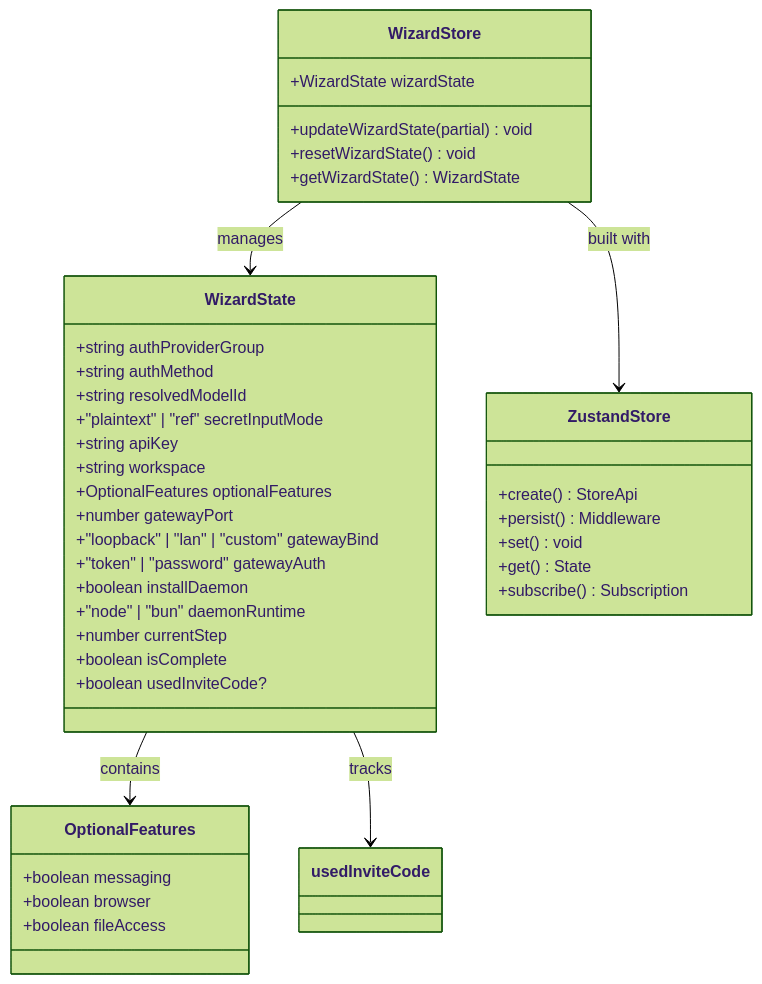
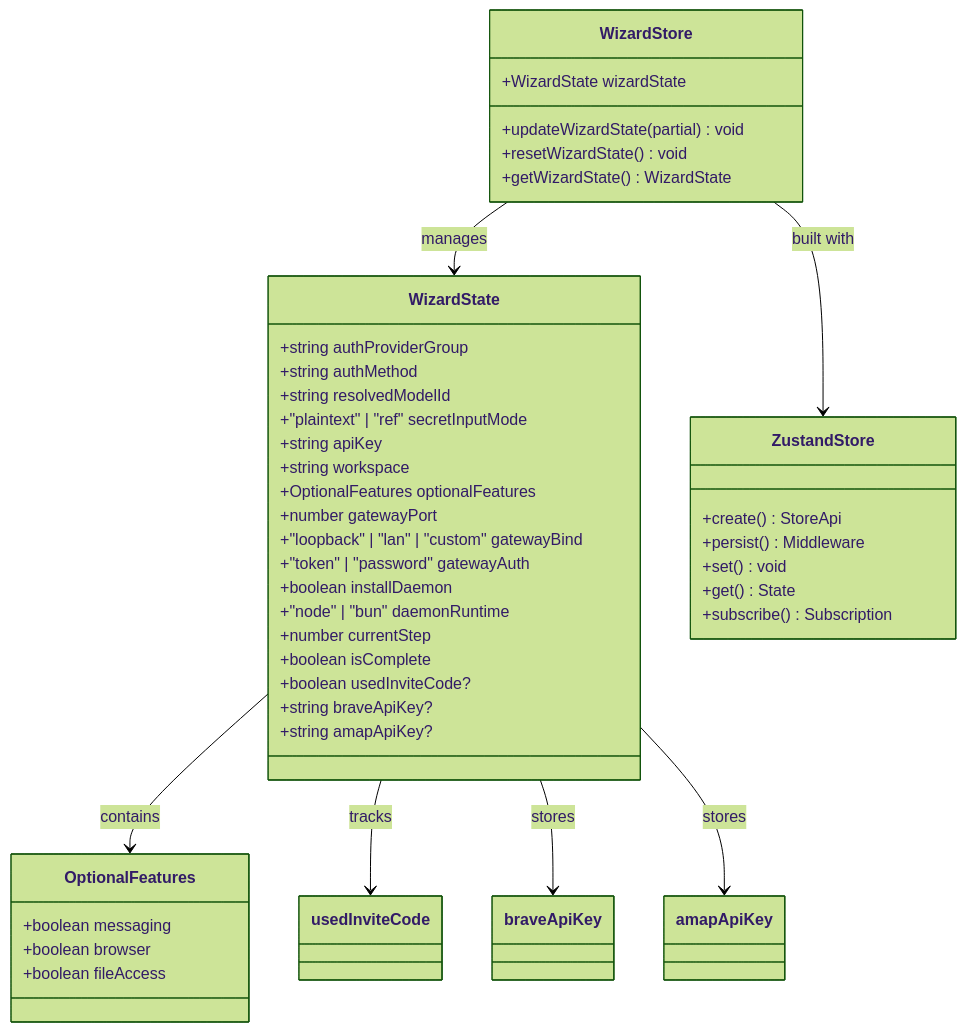
The second of 14 diagrams in .qoder/repowiki/zh/content/设置向导状态管理.md (verse-ai-org/openclaw), drawn with Mermaid (forest theme) before and after one commit. The commit also changed other lines of this file and 7 other files, not shown here.

````diff
--- a/.qoder/repowiki/zh/content/设置向导状态管理.md
+++ b/.qoder/repowiki/zh/content/设置向导状态管理.md
@@ -104,42 +112,46 @@
 ```mermaid
 classDiagram
 class WizardState {
 +string authProviderGroup
 +string authMethod
 +string resolvedModelId
 +"plaintext" | "ref" secretInputMode
 +string apiKey
 +string workspace
 +OptionalFeatures optionalFeatures
 +number gatewayPort
 +"loopback" | "lan" | "custom" gatewayBind
 +"token" | "password" gatewayAuth
 +boolean installDaemon
 +"node" | "bun" daemonRuntime
 +number currentStep
 +boolean isComplete
 +boolean usedInviteCode?
++string braveApiKey?
++string amapApiKey?
 }
 class OptionalFeatures {
 +boolean messaging
 +boolean browser
 +boolean fileAccess
 }
 class WizardStore {
 +WizardState wizardState
 +updateWizardState(partial) void
 +resetWizardState() void
 +getWizardState() WizardState
 }
 class ZustandStore {
 +create() StoreApi
 +persist() Middleware
 +set() void
 +get() State
 +subscribe() Subscription
 }
 WizardStore --> WizardState : manages
 WizardStore --> ZustandStore : built with
 WizardState --> OptionalFeatures : contains
 WizardState --> usedInviteCode : tracks
+WizardState --> braveApiKey : stores
+WizardState --> amapApiKey : stores
 ```
````
